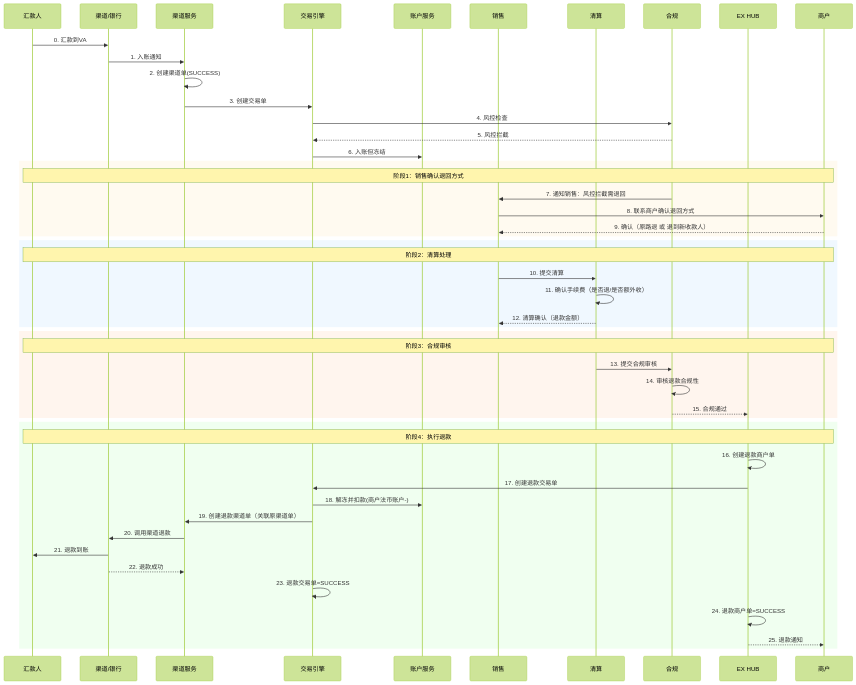
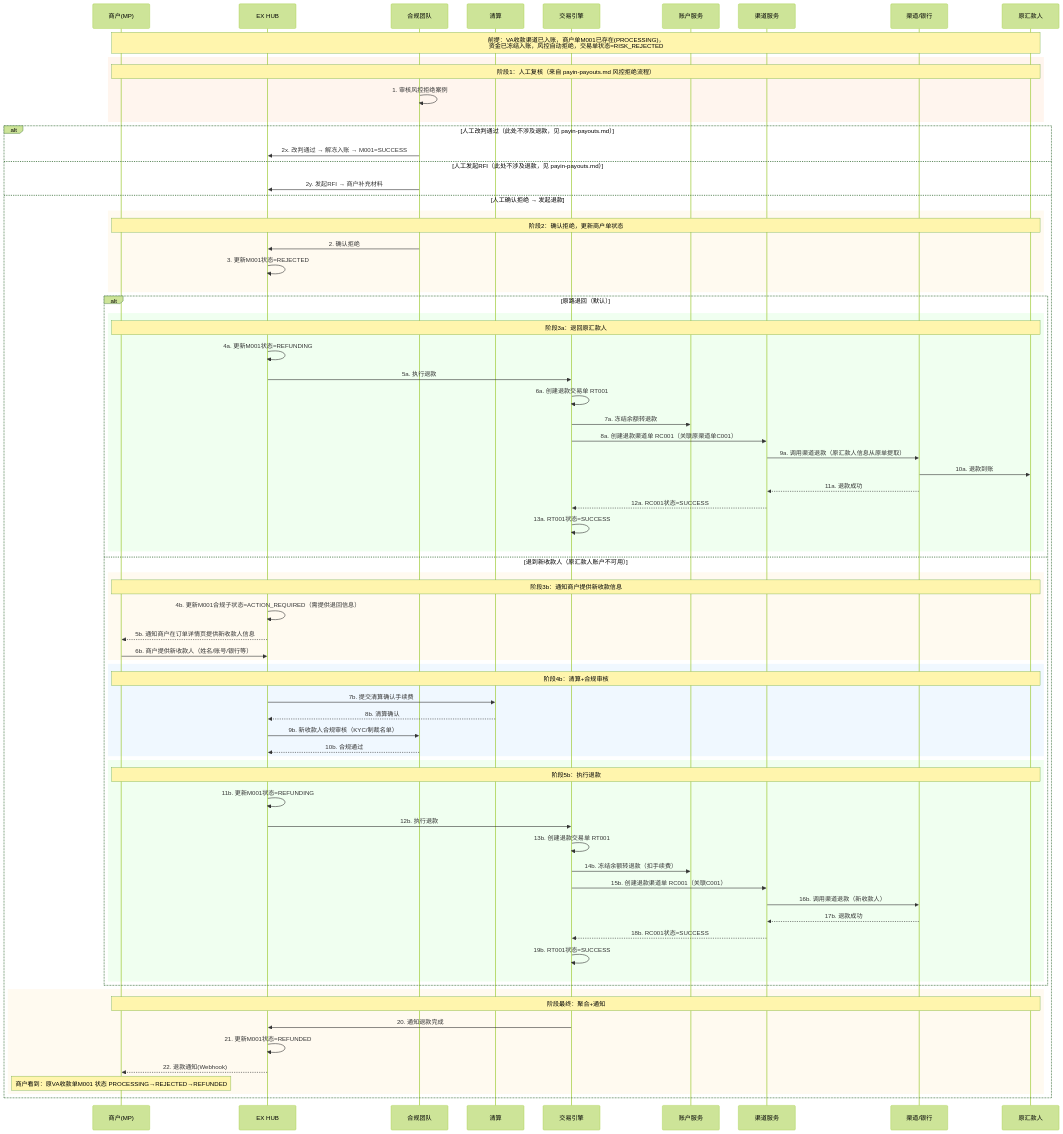
Before and after one commit to xiaoxiaoangie/EX-NEW: the fifth of 10 diagrams in onofframp/prd/refund .md, drawn with Mermaid (forest theme). The commit also changed other lines of this file and 16 other files, not shown here.

````diff
--- a/onofframp/prd/refund .md
+++ b/onofframp/prd/refund .md
@@ -443,56 +456,84 @@
 ```mermaid
 sequenceDiagram
-    participant Remitter as 汇款人
-    participant Channel as 渠道/银行
-    participant CO as 渠道服务
+    participant MP as 商户(MP)
+    participant HUB as EX HUB
+    participant Compliance as 合规团队
+    participant Settlement as 清算
     participant TE as 交易引擎
     participant Account as 账户服务
-    participant Sales as 销售
-    participant Settlement as 清算
-    participant Compliance as 合规
-    participant HUB as EX HUB
-    participant MP as 商户
+    participant CO as 渠道服务
+    participant Channel as 渠道/银行
+    participant Remitter as 原汇款人
 
-    Remitter->>Channel: 0. 汇款到VA
-    Channel->>CO: 1. 入账通知
-    CO->>CO: 2. 创建渠道单(SUCCESS)
-    CO->>TE: 3. 创建交易单
-    TE->>Compliance: 4. 风控检查
-    Compliance-->>TE: 5. 风控拦截
-    TE->>Account: 6. 入账但冻结
+    Note over MP,Remitter: 前提：VA收款渠道已入账，商户单M001已存在(PROCESSING)，<br/>资金已冻结入账，风控自动拒绝，交易单状态=RISK_REJECTED
 
-    rect rgb(255, 250, 240)
-        Note over Remitter,MP: 阶段1：销售确认退回方式
-        Compliance->>Sales: 7. 通知销售：风控拦截需退回
-        Sales->>MP: 8. 联系商户确认退回方式
-        MP-->>Sales: 9. 确认（原路退 或 退到新收款人）
+    rect rgb(255, 245, 238)
+        Note over MP,Remitter: 阶段1：人工复核（来自 payin-payouts.md 风控拒绝流程）
+        Compliance->>Compliance: 1. 审核风控拒绝案例
     end
 
-    rect rgb(240, 248, 255)
-        Note over Remitter,MP: 阶段2：清算处理
-        Sales->>Settlement: 10. 提交清算
-        Settlement->>Settlement: 11. 确认手续费（是否退/是否额外收）
-        Settlement-->>Sales: 12. 清算确认（退款金额）
-    end
+    alt 人工改判通过（此处不涉及退款，见 payin-payouts.md）
+        Compliance->>HUB: 2x. 改判通过 → 解冻入账 → M001=SUCCESS
+    else 人工发起RFI（此处不涉及退款，见 payin-payouts.md）
+        Compliance->>HUB: 2y. 发起RFI → 商户补充材料
+    else 人工确认拒绝 → 发起退款
+        rect rgb(255, 250, 240)
+            Note over MP,Remitter: 阶段2：确认拒绝，更新商户单状态
+            Compliance->>HUB: 2. 确认拒绝
+            HUB->>HUB: 3. 更新M001状态=REJECTED
+        end
 
-    rect rgb(255, 245, 238)
-        Note over Remitter,MP: 阶段3：合规审核
-        Settlement->>Compliance: 13. 提交合规审核
-        Compliance->>Compliance: 14. 审核退款合规性
-        Compliance-->>HUB: 15. 合规通过
-    end
+        alt 原路退回（默认）
+            rect rgb(240, 255, 240)
+                Note over MP,Remitter: 阶段3a：退回原汇款人
+                HUB->>HUB: 4a. 更新M001状态=REFUNDING
+                HUB->>TE: 5a. 执行退款
+                TE->>TE: 6a. 创建退款交易单 RT001
+                TE->>Account: 7a. 冻结余额转退款
+                TE->>CO: 8a. 创建退款渠道单 RC001（关联原渠道单C001）
+                CO->>Channel: 9a. 调用渠道退款（原汇款人信息从原单提取）
+                Channel->>Remitter: 10a. 退款到账
+                Channel-->>CO: 11a. 退款成功
+                CO-->>TE: 12a. RC001状态=SUCCESS
+                TE->>TE: 13a. RT001状态=SUCCESS
+            end
 
-    rect rgb(240, 255, 240)
-        Note over Remitter,MP: 阶段4：执行退款
-        HUB->>HUB: 16. 创建退款商户单
-        HUB->>TE: 17. 创建退款交易单
-        TE->>Account: 18. 解冻并扣款(商户法币账户-)
-        TE->>CO: 19. 创建退款渠道单（关联原渠道单）
-        CO->>Channel: 20. 调用渠道退款
-        Channel->>Remitter: 21. 退款到账
-        Channel-->>CO: 22. 退款成功
-        TE->>TE: 23. 退款交易单=SUCCESS
-        HUB->>HUB: 24. 退款商户单=SUCCESS
-        HUB-->>MP: 25. 退款通知
+        else 退到新收款人（原汇款人账户不可用）
+            rect rgb(255, 250, 240)
+                Note over MP,Remitter: 阶段3b：通知商户提供新收款信息
+                HUB->>HUB: 4b. 更新M001合规子状态=ACTION_REQUIRED（需提供退回信息）
+                HUB-->>MP: 5b. 通知商户在订单详情页提供新收款人信息
+                MP->>HUB: 6b. 商户提供新收款人（姓名/账号/银行等）
+            end
+
+            rect rgb(240, 248, 255)
+                Note over MP,Remitter: 阶段4b：清算+合规审核
+                HUB->>Settlement: 7b. 提交清算确认手续费
+                Settlement-->>HUB: 8b. 清算确认
+                HUB->>Compliance: 9b. 新收款人合规审核（KYC/制裁名单）
+                Compliance-->>HUB: 10b. 合规通过
+            end
+
+            rect rgb(240, 255, 240)
+                Note over MP,Remitter: 阶段5b：执行退款
+                HUB->>HUB: 11b. 更新M001状态=REFUNDING
+                HUB->>TE: 12b. 执行退款
+                TE->>TE: 13b. 创建退款交易单 RT001
+                TE->>Account: 14b. 冻结余额转退款（扣手续费）
+                TE->>CO: 15b. 创建退款渠道单 RC001（关联C001）
+                CO->>Channel: 16b. 调用渠道退款（新收款人）
+                Channel-->>CO: 17b. 退款成功
+                CO-->>TE: 18b. RC001状态=SUCCESS
+                TE->>TE: 19b. RT001状态=SUCCESS
+            end
+        end
+
+        rect rgb(255, 250, 240)
+            Note over MP,Remitter: 阶段最终：聚合+通知
+            TE->>HUB: 20. 通知退款完成
+            HUB->>HUB: 21. 更新M001状态=REFUNDED
+            HUB-->>MP: 22. 退款通知(Webhook)
+            Note over MP: 商户看到：原VA收款单M001 状态 PROCESSING→REJECTED→REFUNDED
+        end
     end
 ```
````
